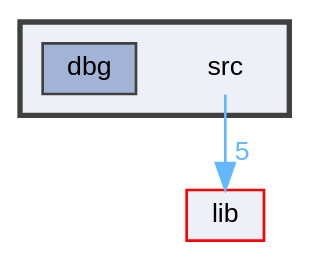
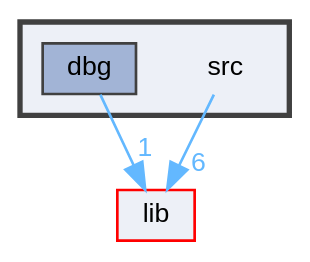
The diagram in dir_68267d1309a1af8e8297ef4c3efbcdba_dep.dot (helcsnewsxd/gsc-interpreter), drawn with Graphviz before and after one commit. The commit also changed 60 other files, not shown here.

```diff
--- a/dir_68267d1309a1af8e8297ef4c3efbcdba_dep.dot
+++ b/dir_68267d1309a1af8e8297ef4c3efbcdba_dep.dot
@@ -1,15 +1,16 @@
 digraph "src"
 {
  // LATEX_PDF_SIZE
   bgcolor="transparent";
   edge [fontname=Helvetica,fontsize=10,labelfontname=Helvetica,labelfontsize=10];
   node [fontname=Helvetica,fontsize=10,shape=box,height=0.2,width=0.4];
   compound=true
   subgraph clusterdir_68267d1309a1af8e8297ef4c3efbcdba {
     graph [ bgcolor="#edf0f7", pencolor="grey25", label="", fontname=Helvetica,fontsize=10 style="filled,bold", URL="dir_68267d1309a1af8e8297ef4c3efbcdba.html",tooltip=""]
     dir_68267d1309a1af8e8297ef4c3efbcdba [shape=plaintext, label="src"];
   dir_ad6ae32d412c820ce17341717c8bcfee [label="dbg", fillcolor="#a2b4d6", color="grey25", style="filled", URL="dir_ad6ae32d412c820ce17341717c8bcfee.html",tooltip=""];
   }
   dir_97aefd0d527b934f1d99a682da8fe6a9 [label="lib", fillcolor="#edf0f7", color="red", style="filled", URL="dir_97aefd0d527b934f1d99a682da8fe6a9.html",tooltip=""];
-  dir_68267d1309a1af8e8297ef4c3efbcdba->dir_97aefd0d527b934f1d99a682da8fe6a9 [headlabel="5", labeldistance=1.5 headhref="dir_000004_000003.html" href="dir_000004_000003.html" color="steelblue1" fontcolor="steelblue1"];
+  dir_68267d1309a1af8e8297ef4c3efbcdba->dir_97aefd0d527b934f1d99a682da8fe6a9 [headlabel="6", labeldistance=1.5 headhref="dir_000005_000004.html" href="dir_000005_000004.html" color="steelblue1" fontcolor="steelblue1"];
+  dir_ad6ae32d412c820ce17341717c8bcfee->dir_97aefd0d527b934f1d99a682da8fe6a9 [headlabel="1", labeldistance=1.5 headhref="dir_000002_000004.html" href="dir_000002_000004.html" color="steelblue1" fontcolor="steelblue1"];
 }
```
